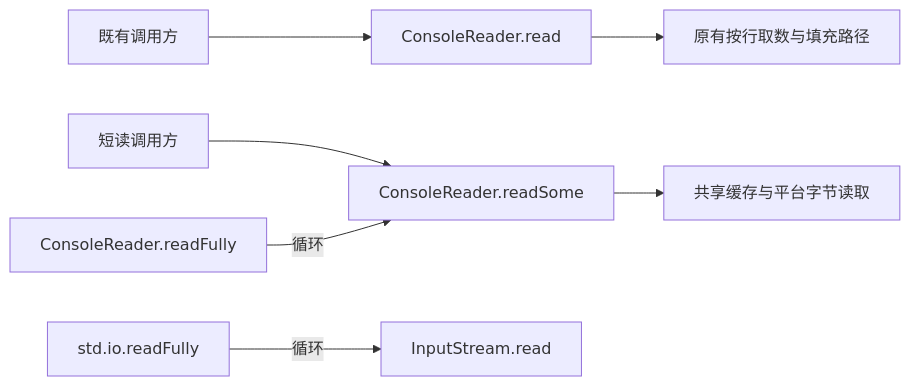
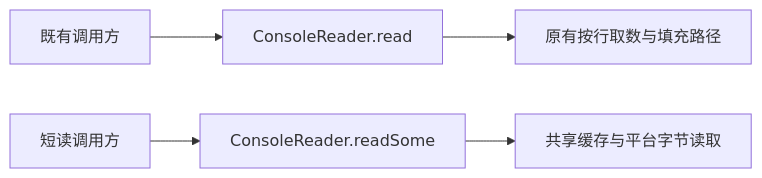
One commit to cangjielanguage/proposal changed the diagram in proposals/team_std/inputstream-read-fully.md. Above: the diagram before and after it, drawn with Mermaid. The commit also changed other lines of this file, not shown here.

First line of the commit message:
docs(std): narrow stdin proposal to readSome

````diff
--- a/proposals/team_std/inputstream-read-fully.md
+++ b/proposals/team_std/inputstream-read-fully.md
@@ -32,9 +30,7 @@
 ```mermaid
 flowchart LR
     A[既有调用方] --> B[ConsoleReader.read]
     B --> C[原有按行取数与填充路径]
     D[短读调用方] --> E[ConsoleReader.readSome]
     E --> F[共享缓存与平台字节读取]
-    G[ConsoleReader.readFully] -->|循环| E
-    H[std.io.readFully] -->|循环| I[InputStream.read]
 ```
````
